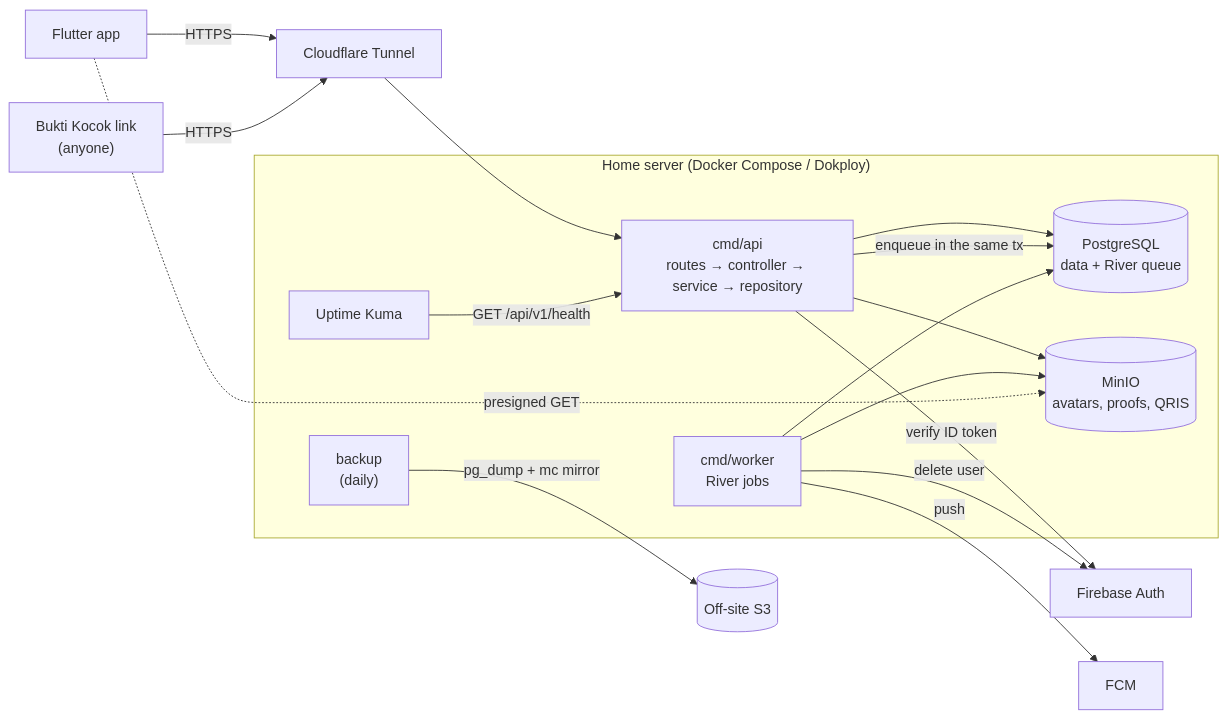
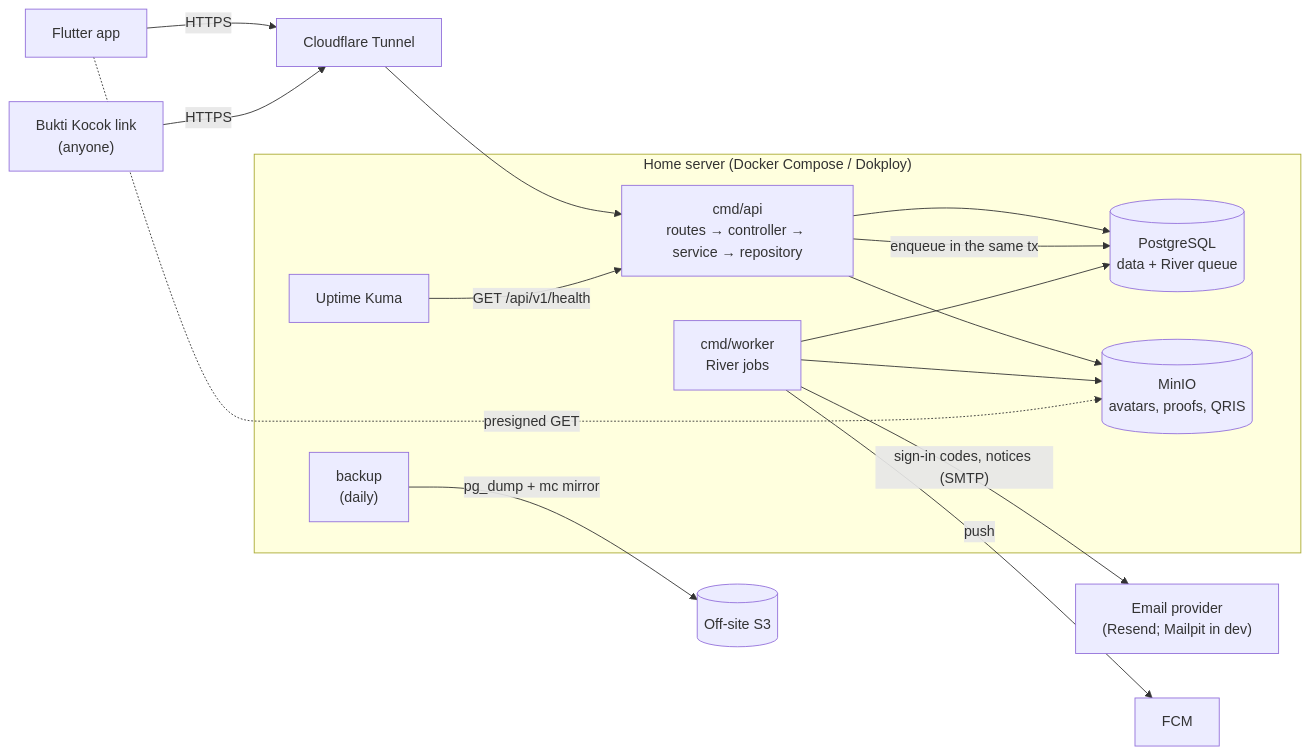
Before and after one commit to equinox-jj/Giliran: the diagram in backend/README.md, drawn with Mermaid. The commit also changed other lines of this file and 1 other file, not shown here.

Commit message:
refactor: update Makefile and README to include Mailpit in dev setup

````diff
--- a/backend/README.md
+++ b/backend/README.md
@@ -14,27 +14,26 @@
 ```mermaid
 flowchart LR
     app["Flutter app"] -- HTTPS --> tunnel["Cloudflare Tunnel"]
     browser["Bukti Kocok link<br/>(anyone)"] -- HTTPS --> tunnel
     tunnel --> api
 
     subgraph host["Home server (Docker Compose / Dokploy)"]
         api["cmd/api<br/>routes → controller → service → repository"]
         worker["cmd/worker<br/>River jobs"]
         pg[("PostgreSQL<br/>data + River queue")]
         minio[("MinIO<br/>avatars, proofs, QRIS")]
         kuma["Uptime Kuma"]
         backup["backup<br/>(daily)"]
     end
 
     api --> pg
     api --> minio
     api -- "enqueue in the same tx" --> pg
     worker --> pg
     worker --> minio
-    api -- "verify ID token" --> fbauth["Firebase Auth"]
+    worker -- "sign-in codes, notices (SMTP)" --> smtp["Email provider<br/>(Resend; Mailpit in dev)"]
     worker -- "push" --> fcm["FCM"]
-    worker -- "delete user" --> fbauth
     kuma -- "GET /api/v1/health" --> api
     backup -- "pg_dump + mc mirror" --> offsite[("Off-site S3")]
     app -. "presigned GET" .-> minio
 ```
````
